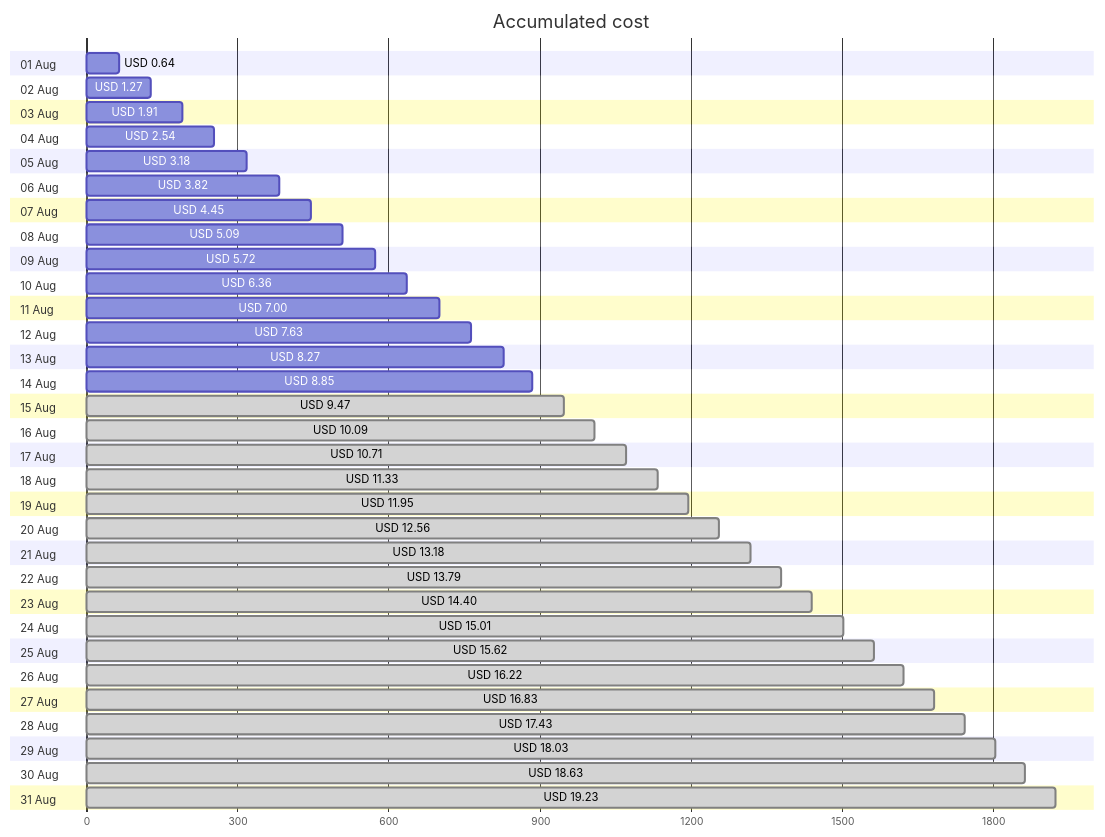
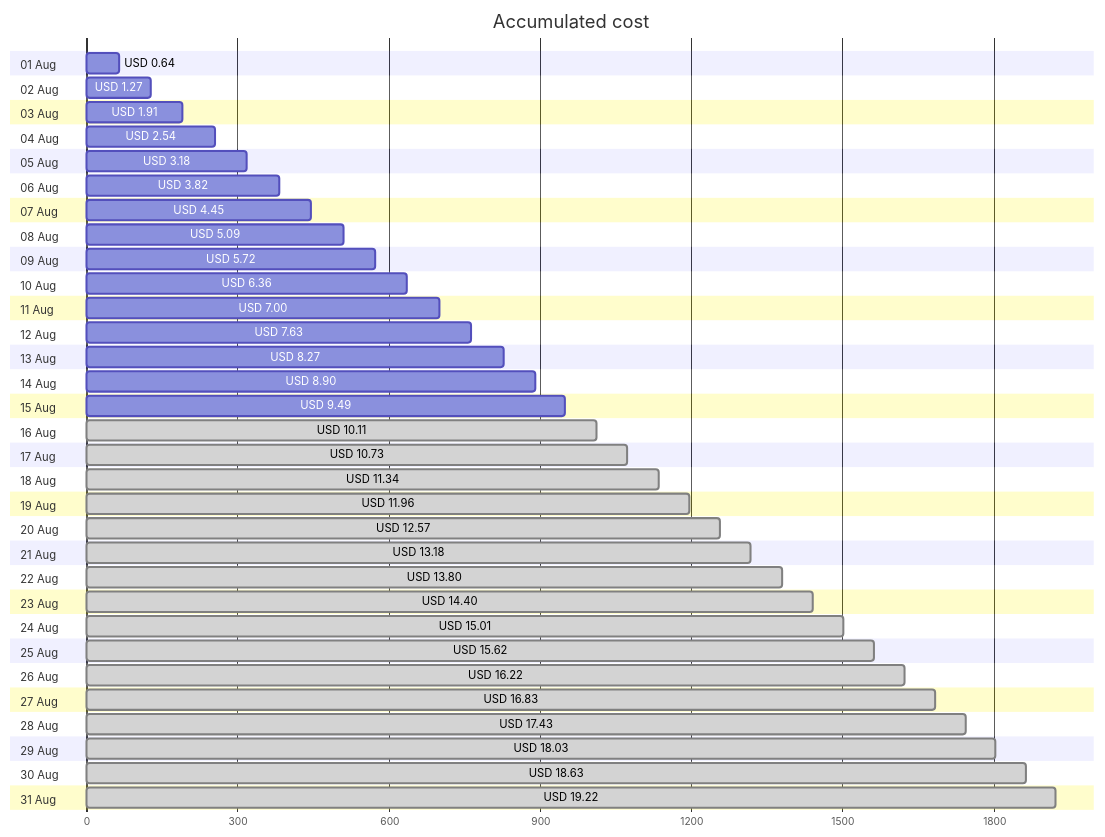
Before and after one commit to jpfulton/azure-personal-reports: the first of 4 diagrams in cost-reports/accumulated-cost.md, drawn with Mermaid. The commit also changed other lines of this file and 4 other files, not shown here.

````diff
--- a/cost-reports/accumulated-cost.md
+++ b/cost-reports/accumulated-cost.md
@@ -20,68 +20,68 @@
 ```mermaid
 gantt
    title Accumulated cost
    dateFormat  X
    axisFormat %s
    section 01 Aug
    USD 0.64 :0, 64
    section 02 Aug
    USD 1.27 :0, 127
    section 03 Aug
    USD 1.91 :0, 191
    section 04 Aug
    USD 2.54 :0, 254
    section 05 Aug
    USD 3.18 :0, 318
    section 06 Aug
    USD 3.82 :0, 382
    section 07 Aug
    USD 4.45 :0, 445
    section 08 Aug
    USD 5.09 :0, 509
    section 09 Aug
    USD 5.72 :0, 572
    section 10 Aug
    USD 6.36 :0, 636
    section 11 Aug
    USD 7.00 :0, 700
    section 12 Aug
    USD 7.63 :0, 763
    section 13 Aug
    USD 8.27 :0, 827
    section 14 Aug
-   USD 8.85 :0, 885
+   USD 8.90 :0, 890
    section 15 Aug
-   USD 9.47 : done, 0, 947
+   USD 9.49 :0, 949
    section 16 Aug
-   USD 10.09 : done, 0, 1009
+   USD 10.11 : done, 0, 1011
    section 17 Aug
-   USD 10.71 : done, 0, 1071
+   USD 10.73 : done, 0, 1073
    section 18 Aug
-   USD 11.33 : done, 0, 1133
+   USD 11.34 : done, 0, 1134
    section 19 Aug
-   USD 11.95 : done, 0, 1195
+   USD 11.96 : done, 0, 1196
    section 20 Aug
-   USD 12.56 : done, 0, 1256
+   USD 12.57 : done, 0, 1257
    section 21 Aug
    USD 13.18 : done, 0, 1318
    section 22 Aug
-   USD 13.79 : done, 0, 1379
+   USD 13.80 : done, 0, 1380
    section 23 Aug
    USD 14.40 : done, 0, 1440
    section 24 Aug
    USD 15.01 : done, 0, 1501
    section 25 Aug
    USD 15.62 : done, 0, 1562
    section 26 Aug
    USD 16.22 : done, 0, 1622
    section 27 Aug
    USD 16.83 : done, 0, 1683
    section 28 Aug
    USD 17.43 : done, 0, 1743
    section 29 Aug
    USD 18.03 : done, 0, 1803
    section 30 Aug
    USD 18.63 : done, 0, 1863
    section 31 Aug
-   USD 19.23 : done, 0, 1923
+   USD 19.22 : done, 0, 1922
 ```
````
